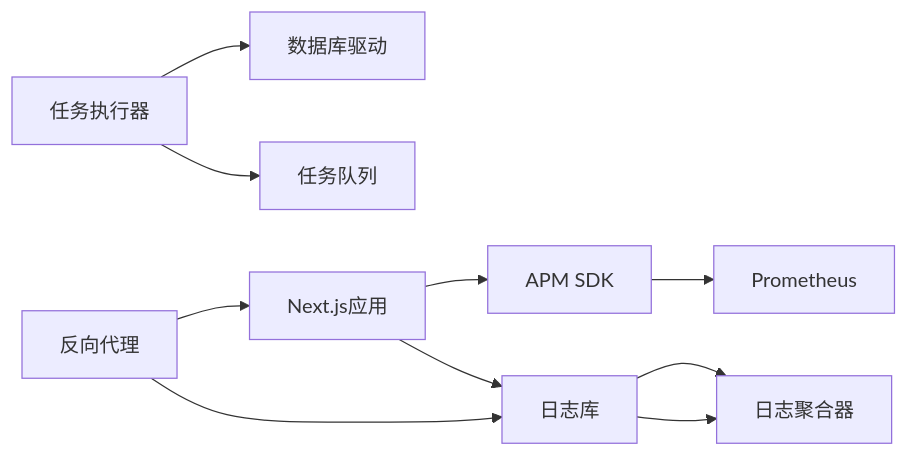
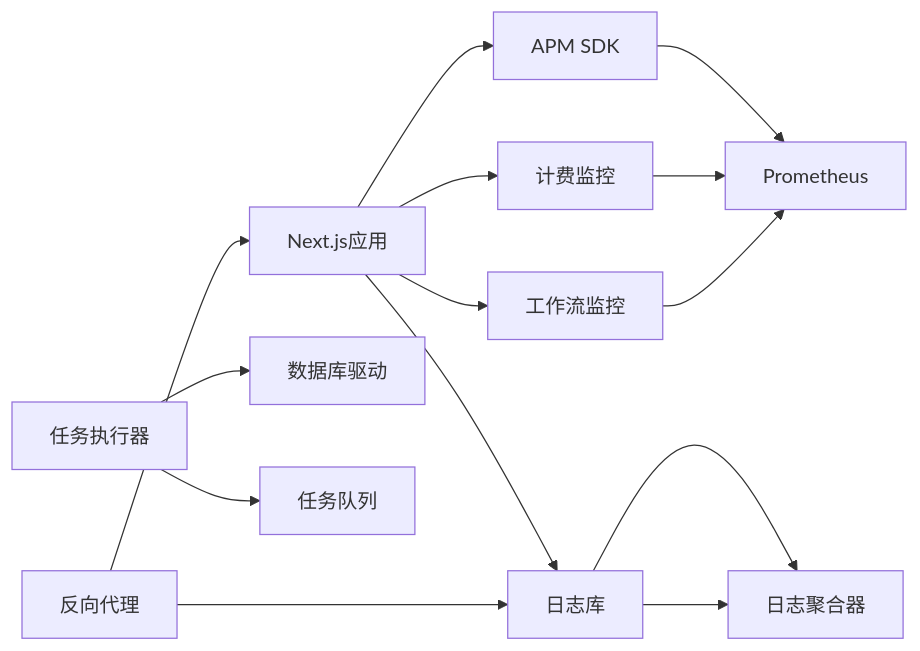
The ninth of 9 diagrams in .qoder/repowiki/zh/content/部署指南/监控与日志管理/监控与日志管理.md (scottcwy/PurpleInk), drawn with Mermaid before and after one commit. The commit also changed other lines of this file and 23 other files, not shown here.

````diff
--- a/.qoder/repowiki/zh/content/部署指南/监控与日志管理/监控与日志管理.md
+++ b/.qoder/repowiki/zh/content/部署指南/监控与日志管理/监控与日志管理.md
@@ -289,12 +450,16 @@
 ```mermaid
 graph LR
 Next["Next.js应用"] --> APM["APM SDK"]
 Next --> Logger["日志库"]
+Next --> Billing["计费监控"]
+Next --> Workflow["工作流监控"]
 Worker["任务执行器"] --> DB["数据库驱动"]
 Worker --> Queue["任务队列"]
 Proxy["反向代理"] --> Next
 Proxy --> Logger
 Logger --> Agg["日志聚合器"]
 APM --> Prom["Prometheus"]
+Billing --> Prom
+Workflow --> Prom
 Logger --> Agg
 ```
````
